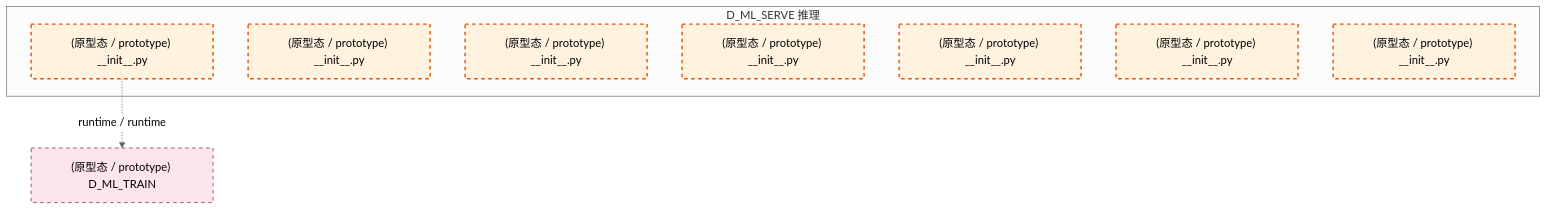
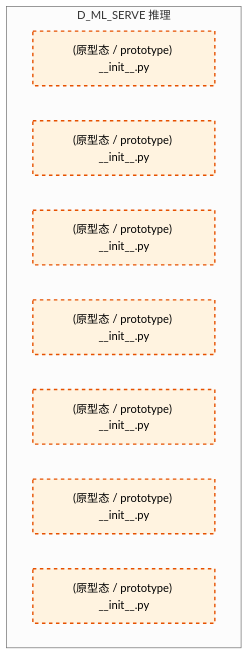
Before and after one commit to xuanFelixVan/ZephyrAlpha: the first of 2 diagrams in docs/02_enterprise_architecture/02_domain_architecture_docs/49_d_ml_serve.md, drawn with Mermaid (neutral theme). The commit also changed other lines of this file and 126 other files, not shown here.

````diff
--- a/docs/02_enterprise_architecture/02_domain_architecture_docs/49_d_ml_serve.md
+++ b/docs/02_enterprise_architecture/02_domain_architecture_docs/49_d_ml_serve.md
@@ -70,20 +70,17 @@
 ```mermaid
 graph TD
     subgraph D_ML_SERVE["D_ML_SERVE 推理"]
         src_zephyr_ml_serve_init_py["(原型态 / prototype) __init__.py"]
         src_zephyr_ml_serve_extensions_init_py["(原型态 / prototype) __init__.py"]
         src_zephyr_ml_serve_api_init_py["(原型态 / prototype) __init__.py"]
         src_zephyr_ml_serve_core_init_py["(原型态 / prototype) __init__.py"]
         src_zephyr_ml_serve_infrastructure_init_py["(原型态 / prototype) __init__.py"]
         src_zephyr_ml_serve_models_init_py["(原型态 / prototype) __init__.py"]
         src_zephyr_ml_serve_services_init_py["(原型态 / prototype) __init__.py"]
     end
-    D_ML_TRAIN["(原型态 / prototype) D_ML_TRAIN"]
-    src_zephyr_ml_serve_init_py -.->|runtime / runtime| D_ML_TRAIN
     classDef production fill:#e1f5fe,stroke:#01579b,stroke-width:2px,color:#000
     classDef design fill:#fff3e0,stroke:#e65100,stroke-width:2px,color:#000,stroke-dasharray: 5 5
     classDef external_prod fill:#e8f5e9,stroke:#1b5e20,stroke-width:1px,color:#000
     classDef external_design fill:#fce4ec,stroke:#880e4f,stroke-width:1px,color:#000,stroke-dasharray: 5 5
     class src_zephyr_ml_serve_init_py,src_zephyr_ml_serve_extensions_init_py,src_zephyr_ml_serve_api_init_py,src_zephyr_ml_serve_core_init_py,src_zephyr_ml_serve_infrastructure_init_py,src_zephyr_ml_serve_models_init_py,src_zephyr_ml_serve_services_init_py design
-    class D_ML_TRAIN external_design
 ```
````
